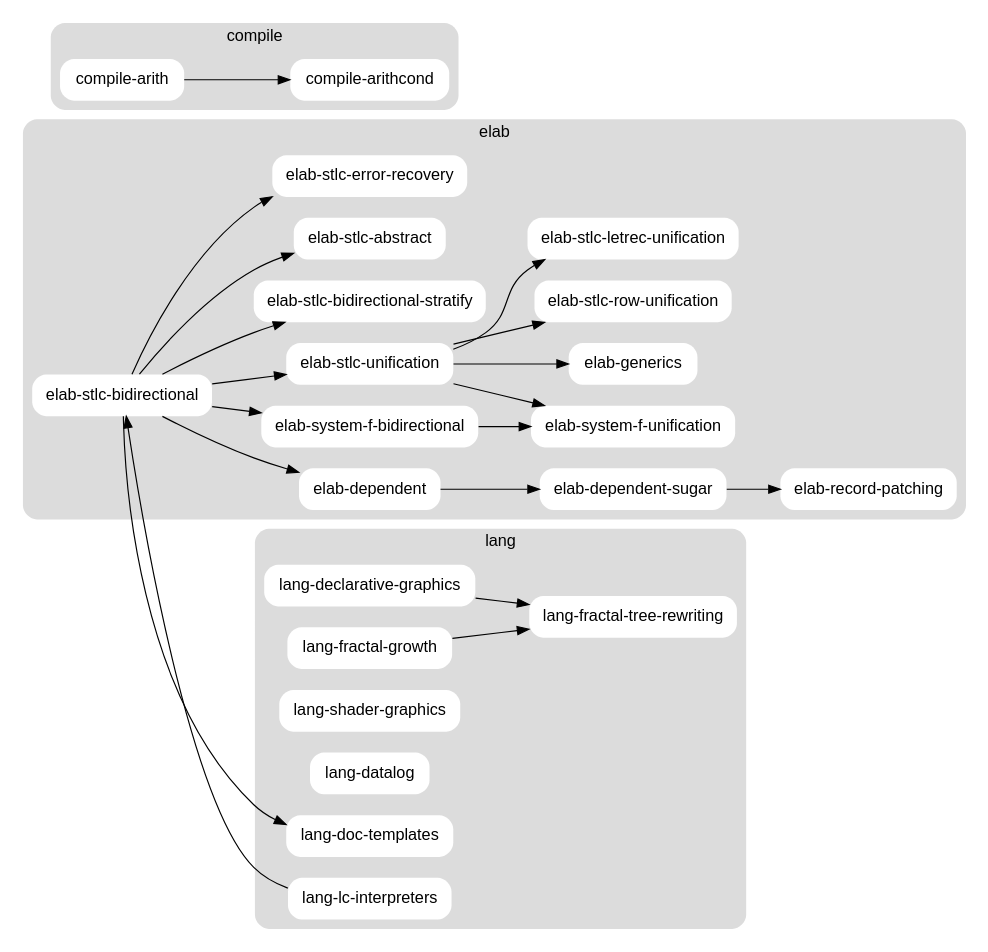
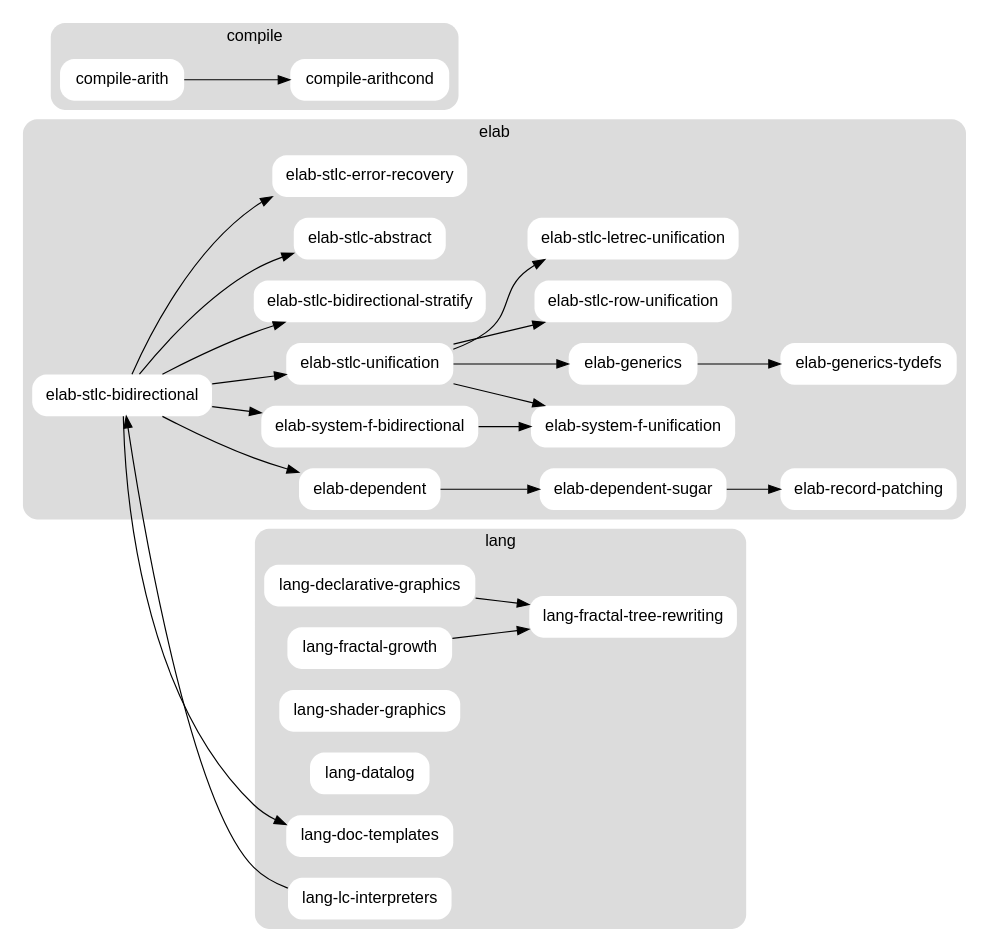
The diagram in garden.dot (brendanzab/language-garden), drawn with Graphviz before and after one commit. The commit also changed 35 other files, not shown here.

Commit message:
Begin `elab-generics-tydefs` project

```diff
--- a/garden.dot
+++ b/garden.dot
@@ -1,88 +1,90 @@
 // dot -Tsvg garden.dot > garden.svg
 // dot -Tpng garden.dot | imgcat
 
 digraph garden {
 
   graph [
     color = "none",
     fillcolor = "gainsboro",
     fontname = "Helvetica,Arial,sans-serif",
     rankdir = LR,
     style = "filled, rounded",
   ];
 
   node [
     color = "none",
     fillcolor = "white",
     fontname = "Helvetica,Arial,sans-serif",
     margin = "0.2, 0.0",
     shape = "box",
     style = "filled, rounded",
   ];
 
   // NOTE: Subgraphs and nodes are listed in reverse order to how we’d like
   //       them to appear in the rendered graph
 
   subgraph elab {
     label = "elab";
     cluster = true;
 
     "elab-dependent";
     "elab-dependent-sugar";
     "elab-record-patching";
 
     "elab-system-f-bidirectional";
     "elab-system-f-unification";
 
     "elab-generics";
+    "elab-generics-tydefs";
 
     "elab-stlc-bidirectional";
     "elab-stlc-unification";
     "elab-stlc-bidirectional-stratify";
     "elab-stlc-abstract";
     "elab-stlc-row-unification";
     "elab-stlc-letrec-unification";
     "elab-stlc-error-recovery";
   }
 
   subgraph compile {
     label = "compile";
     cluster = true;
 
     "compile-arith";
     "compile-arithcond";
   }
 
   subgraph lang {
     label = "lang";
     cluster = true;
 
     "lang-declarative-graphics";
     "lang-fractal-growth";
     "lang-fractal-tree-rewriting";
     "lang-shader-graphics";
     "lang-datalog";
     "lang-doc-templates";
     "lang-lc-interpreters";
   }
 
   "elab-stlc-bidirectional" -> "elab-stlc-error-recovery";
   "elab-stlc-bidirectional" -> "elab-stlc-bidirectional-stratify";
   "elab-stlc-bidirectional" -> "elab-stlc-unification";
   "elab-stlc-bidirectional" -> "elab-stlc-abstract";
   "elab-stlc-bidirectional" -> "elab-system-f-bidirectional";
   "elab-stlc-bidirectional" -> "elab-dependent";
   "elab-stlc-bidirectional" -> "lang-doc-templates";
   "elab-stlc-unification" -> "elab-stlc-letrec-unification";
   "elab-stlc-unification" -> "elab-stlc-row-unification";
   "elab-stlc-unification" -> "elab-generics";
   "elab-stlc-unification" -> "elab-system-f-unification";
+  "elab-generics" -> "elab-generics-tydefs";
   "elab-system-f-bidirectional" -> "elab-system-f-unification";
   "elab-dependent" -> "elab-dependent-sugar";
   "elab-dependent-sugar" -> "elab-record-patching";
   "compile-arith" -> "compile-arithcond";
   "lang-lc-interpreters" -> "elab-stlc-bidirectional";
   "lang-fractal-growth" -> "lang-fractal-tree-rewriting";
   "lang-declarative-graphics" -> "lang-fractal-tree-rewriting";
 
 }
```
